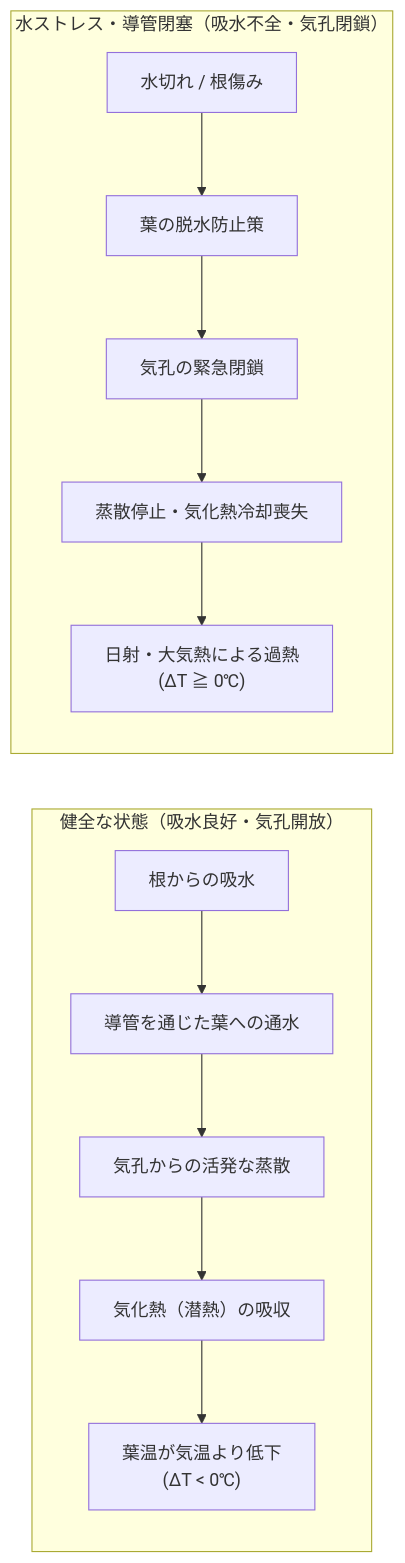
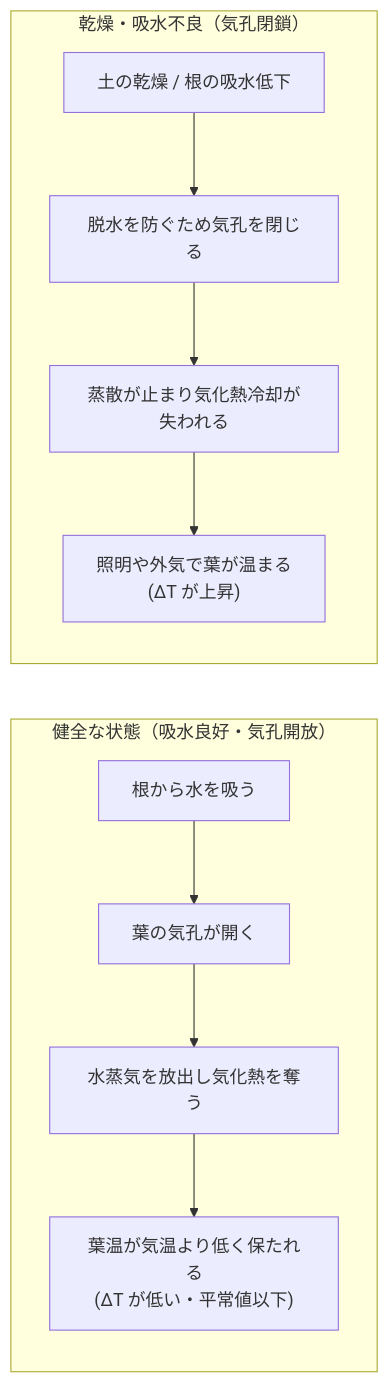
One commit to horned128/plant-doctor changed the first of 3 diagrams in docs/textbook/01_edge_ai_and_sensing.md. Above: the diagram before and after it, drawn with Mermaid. The commit also changed other lines of this file and 28 other files, not shown here.

````diff
--- a/docs/textbook/01_edge_ai_and_sensing.md
+++ b/docs/textbook/01_edge_ai_and_sensing.md
@@ -13,18 +13,16 @@
 ```mermaid
 flowchart LR
     subgraph HEALTHY["健全な状態（吸水良好・気孔開放）"]
         direction TB
-        H1["根からの吸水"] --> H2["導管を通じた葉への通水"]
-        H2 --> H3["気孔からの活発な蒸散"]
-        H3 --> H4["気化熱（潜熱）の吸収"]
-        H4 --> H5["葉温が気温より低下<br/>(ΔT < 0℃)"]
+        H1["根から水を吸う"] --> H2["葉の気孔が開く"]
+        H2 --> H3["水蒸気を放出し気化熱を奪う"]
+        H3 --> H4["葉温が気温より低く保たれる<br/>(ΔT が低い・平常値以下)"]
     end
 
-    subgraph STRESSED["水ストレス・導管閉塞（吸水不全・気孔閉鎖）"]
+    subgraph STRESSED["乾燥・吸水不良（気孔閉鎖）"]
         direction TB
-        S1["水切れ / 根傷み"] --> S2["葉の脱水防止策"]
-        S2 --> S3["気孔の緊急閉鎖"]
-        S3 --> S4["蒸散停止・気化熱冷却喪失"]
-        S4 --> S5["日射・大気熱による過熱<br/>(ΔT ≧ 0℃)"]
+        S1["土の乾燥 / 根の吸水低下"] --> S2["脱水を防ぐため気孔を閉じる"]
+        S2 --> S3["蒸散が止まり気化熱冷却が失われる"]
+        S3 --> S4["照明や外気で葉が温まる<br/>(ΔT が上昇)"]
     end
 ```
````
